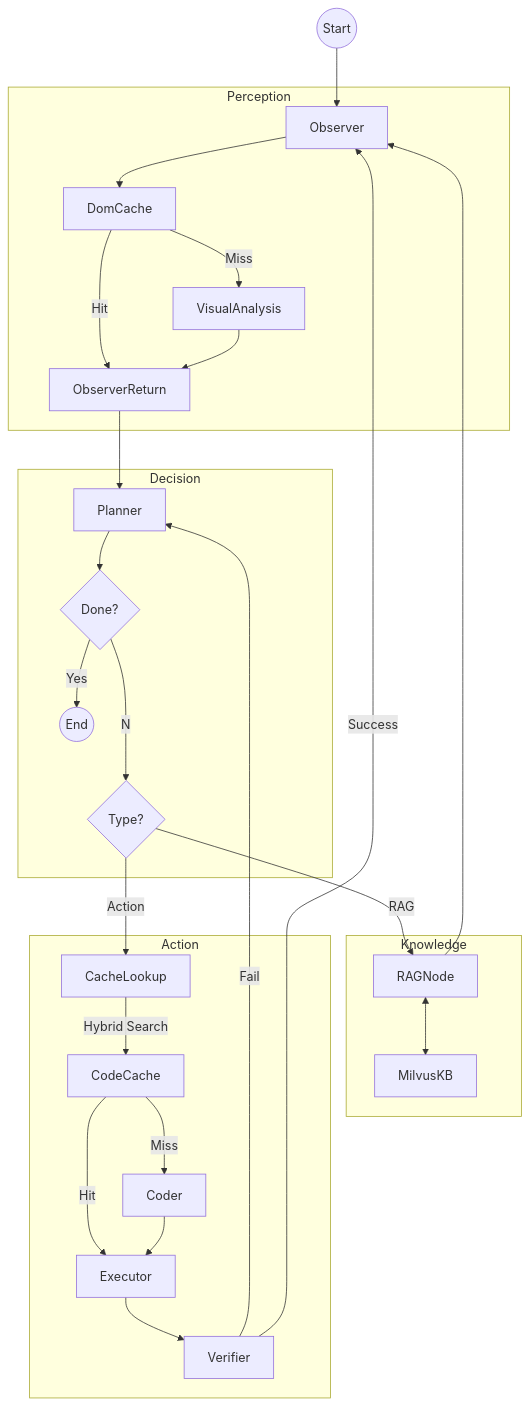
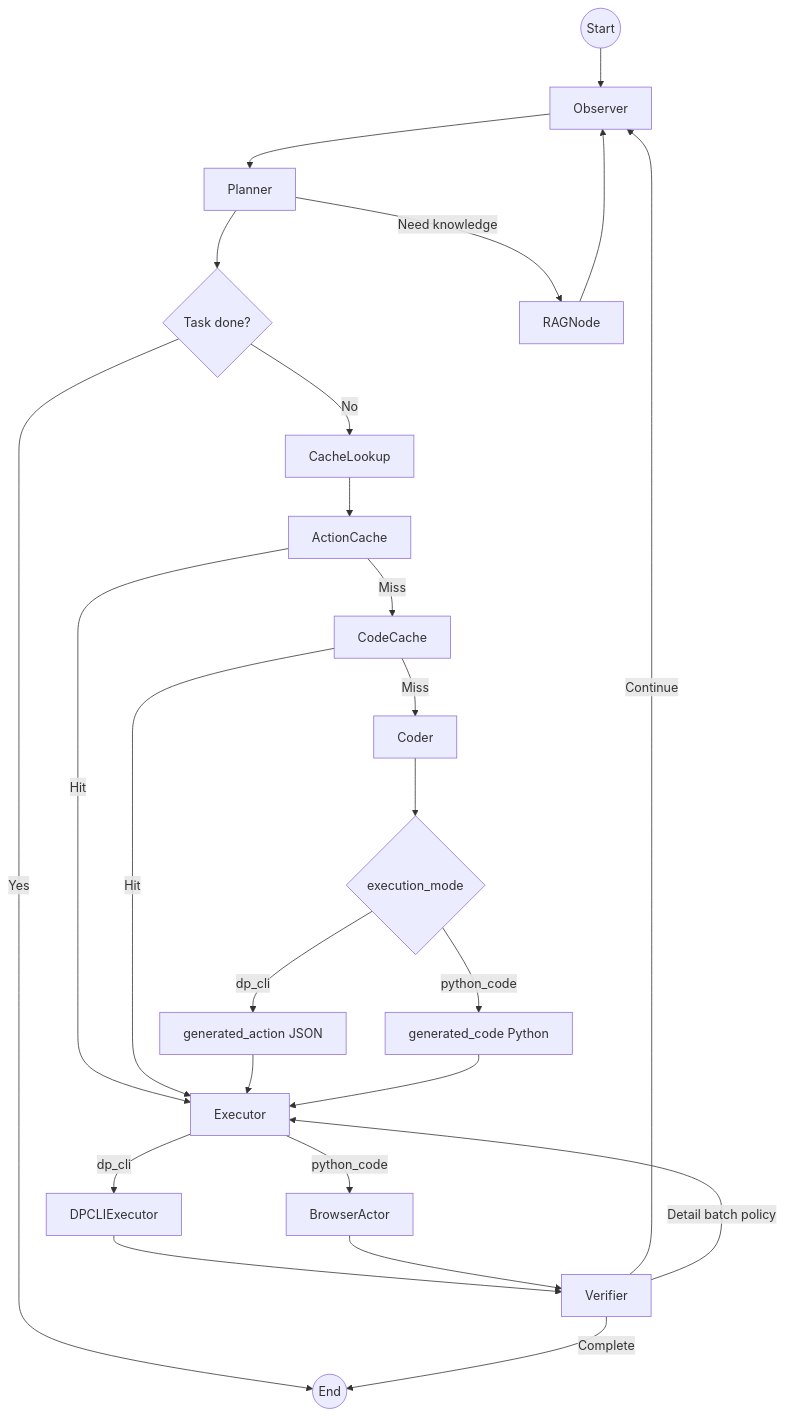
The diagram in Readme.md (1122414/AutoWeb), drawn with Mermaid before and after one commit. The commit also changed other lines of this file, not shown here.

````diff
--- a/Readme.md
+++ b/Readme.md
@@ -29,35 +24,33 @@
 ```mermaid
 graph TD
     Start((Start)) --> Observer
+    Observer --> Planner
+    Planner --> Done{Task done?}
+    Done -- Yes --> End((End))
+    Done -- No --> CacheLookup
 
-    subgraph "Perception"
-        Observer --> DomCache
-        DomCache --Hit--> ObserverReturn
-        DomCache --Miss--> VisualAnalysis --> ObserverReturn
-    end
+    Planner -- Need knowledge --> RAGNode
+    RAGNode --> Observer
 
-    ObserverReturn --> Planner
+    CacheLookup --> ActionCache
+    ActionCache -- Hit --> Executor
+    ActionCache -- Miss --> CodeCache
+    CodeCache -- Hit --> Executor
+    CodeCache -- Miss --> Coder
 
-    subgraph "Decision"
-        Planner --> Check{Done?}
-        Check --Yes--> End((End))
-        Check --No--> Route{Type?}
-    end
+    Coder --> Mode{execution_mode}
+    Mode -- dp_cli --> ActionJSON[generated_action JSON]
+    Mode -- python_code --> PythonCode[generated_code Python]
 
-    Route --Action--> CacheLookup
-    Route --RAG--> RAGNode
+    ActionJSON --> Executor
+    PythonCode --> Executor
 
-    subgraph "Knowledge"
-        RAGNode <--> MilvusKB
-        RAGNode --> Observer
-    end
+    Executor -- dp_cli --> DPCLI[DPCLIExecutor]
+    Executor -- python_code --> BrowserActor[BrowserActor]
 
-    subgraph "Action"
-        CacheLookup --Hybrid Search--> CodeCache
-        CodeCache --Hit--> Executor
-        CodeCache --Miss--> Coder --> Executor
-        Executor --> Verifier
-        Verifier --Fail--> Planner
-        Verifier --Success--> Observer
-    end
+    DPCLI --> Verifier
+    BrowserActor --> Verifier
+    Verifier -- Continue --> Observer
+    Verifier -- Detail batch policy --> Executor
+    Verifier -- Complete --> End
 ```
````
